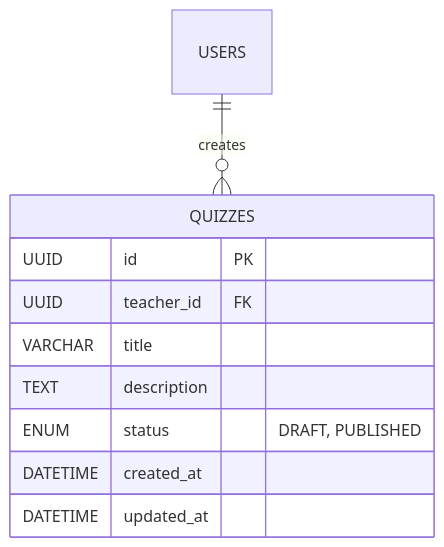
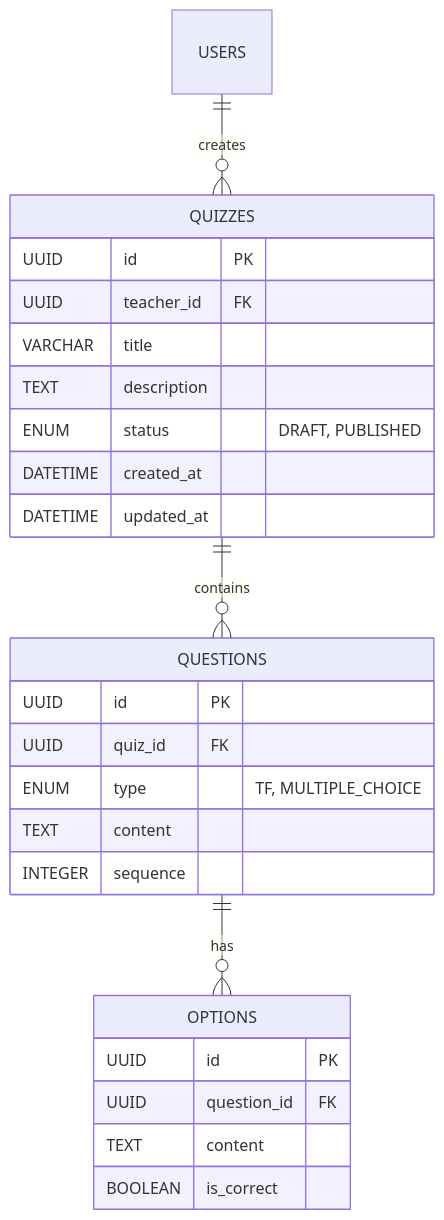
Before and after one commit to ccacheroc/GAIA-Template: the diagram in specs/DataModel.md, drawn with Mermaid. The commit also changed 141 other files, not shown here.

Commit message:
feat: (QQ-TEACHER-003-FE-T03) complete multiple choice support and update governance

````diff
--- a/specs/DataModel.md
+++ b/specs/DataModel.md
@@ -7,14 +7,31 @@
 ```mermaid
 erDiagram
     USERS ||--o{ QUIZZES : "creates"
+    QUIZZES ||--o{ QUESTIONS : "contains"
+    QUESTIONS ||--o{ OPTIONS : "has"
 
     QUIZZES {
         UUID id PK
         UUID teacher_id FK
         VARCHAR title
         TEXT description
         ENUM status "DRAFT, PUBLISHED"
         DATETIME created_at
         DATETIME updated_at
     }
+
+    QUESTIONS {
+        UUID id PK
+        UUID quiz_id FK
+        ENUM type "TF, MULTIPLE_CHOICE"
+        TEXT content
+        INTEGER sequence
+    }
+
+    OPTIONS {
+        UUID id PK
+        UUID question_id FK
+        TEXT content
+        BOOLEAN is_correct
+    }
 ```
````
